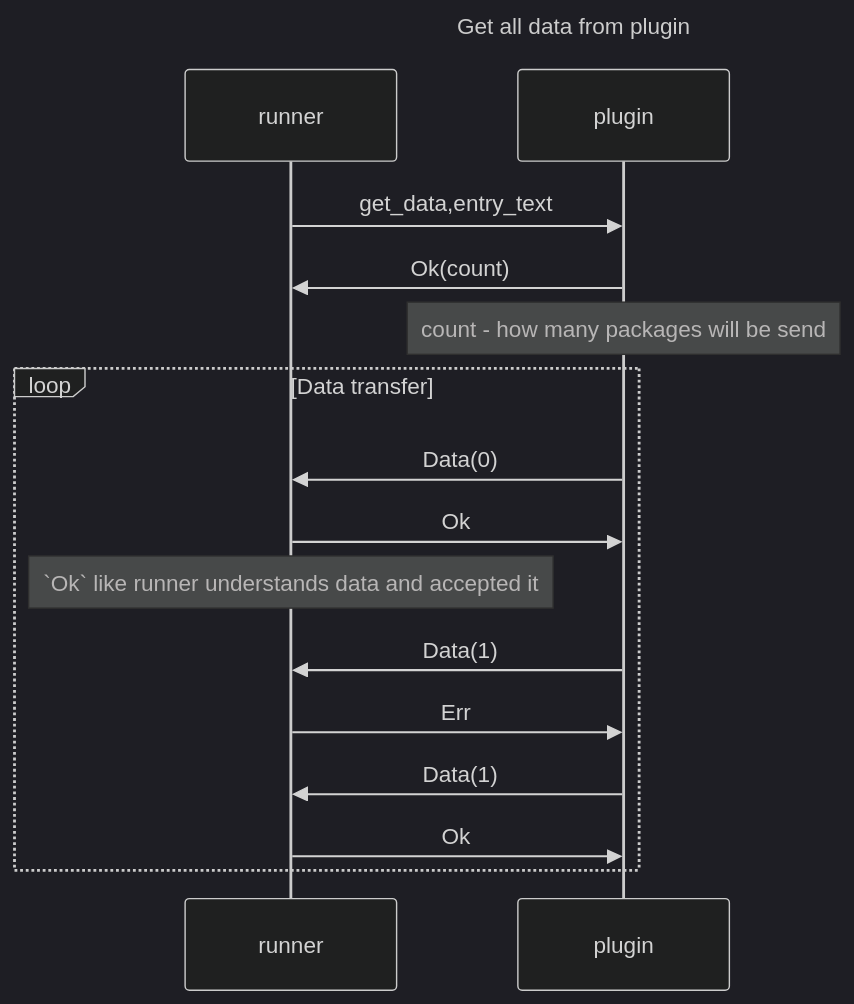
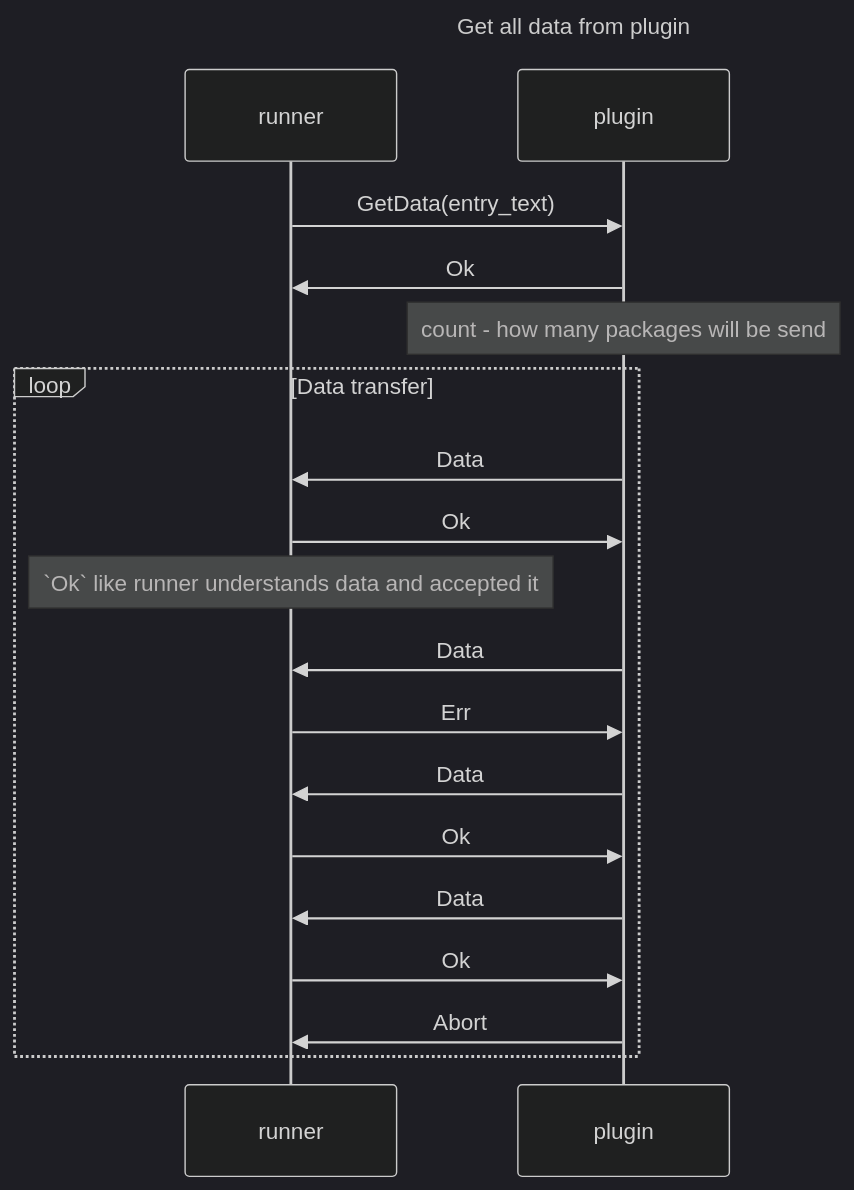
The first of 3 diagrams in NOTES.md (bzglve/unirun), drawn with Mermaid (dark theme) before and after one commit. The commit also changed other lines of this file and 9 other files, not shown here.

````diff
--- a/NOTES.md
+++ b/NOTES.md
@@ -3,19 +4,22 @@
 ```mermaid
 sequenceDiagram
     title Get all data from plugin
     participant runner
     participant plugin
 
-    runner ->> plugin: get_data,entry_text
-    plugin ->> runner: Ok(count)
+    runner ->> plugin: GetData(entry_text)
+    plugin ->> runner: Ok
     Note over plugin: count - how many packages will be send
     loop Data transfer
-        plugin ->> runner: Data(0)
+        plugin ->> runner: Data
         runner ->> plugin: Ok
         Note over runner: `Ok` like runner understands data and accepted it
-        plugin ->> runner: Data(1)
+        plugin ->> runner: Data
         runner ->> plugin: Err
-        plugin ->> runner: Data(1)
+        plugin ->> runner: Data
         runner ->> plugin: Ok
+        plugin ->> runner: Data
+        runner ->> plugin: Ok
+        plugin ->> runner: Abort
     end
 ```
````
